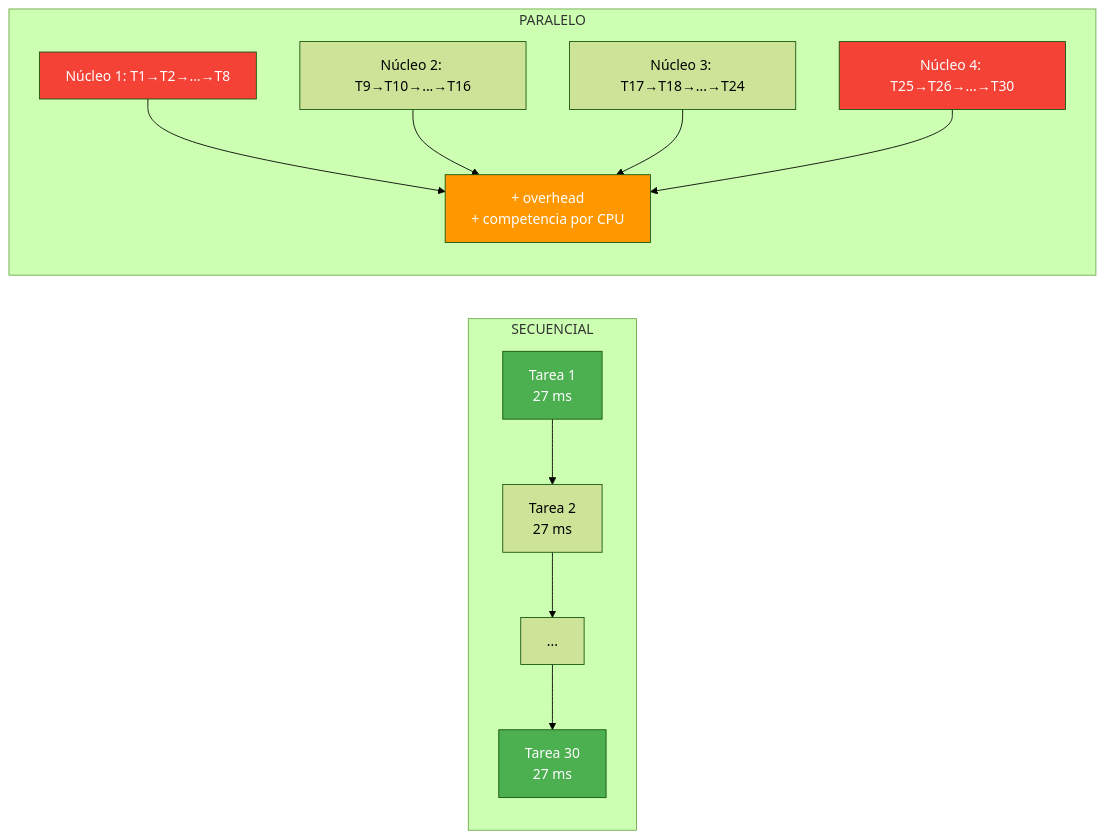
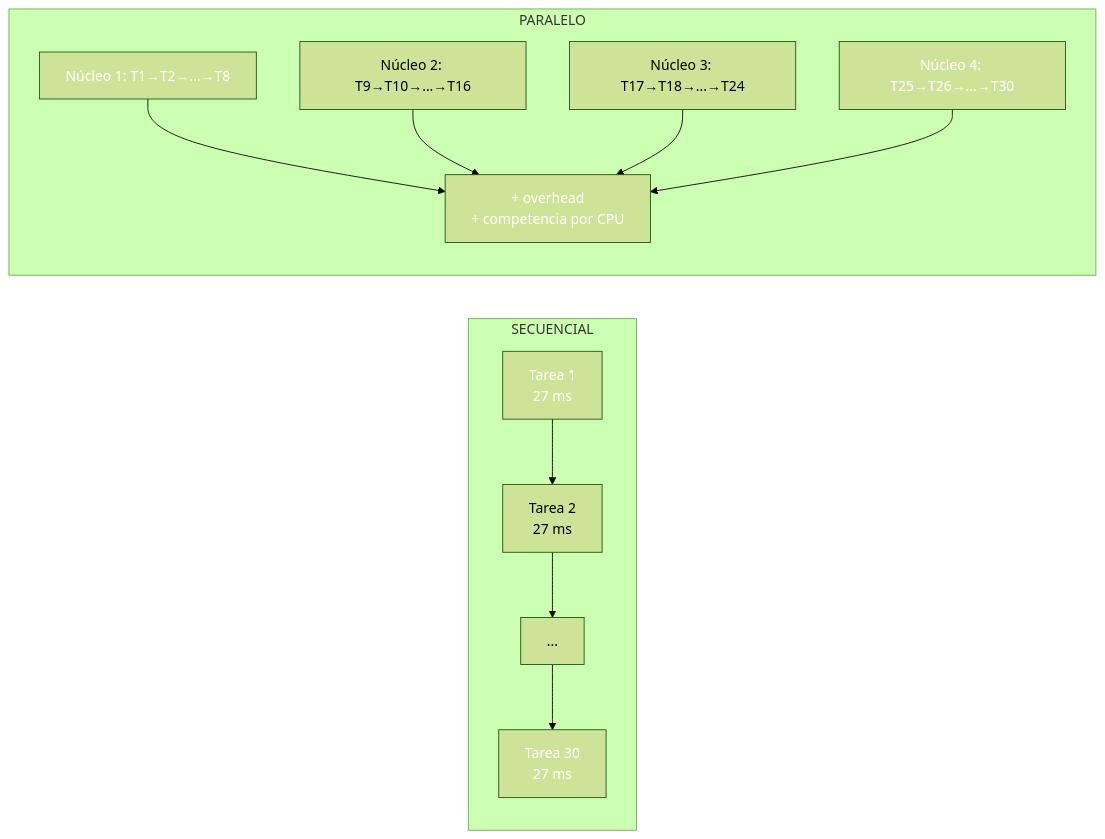
One commit to joseluisgs/DesarrolloWebEntornosServidor-01-2026-2027 changed diagram 14 of 21 in 16-concurrencia-asincronia.md. Above: the diagram before and after it, drawn with Mermaid (forest theme). The commit also changed other lines of this file and 66 other files, not shown here.

First line of the commit message:
fix: normalizar titulos al castellano de frase y corregir la paleta de mermaid

````diff
--- a/16-concurrencia-asincronia.md
+++ b/16-concurrencia-asincronia.md
@@ -658,20 +658,20 @@
 ```mermaid
 graph LR
     subgraph SECUENCIAL["SECUENCIAL"]
         S1["Tarea 1<br/>27 ms"] --> S2["Tarea 2<br/>27 ms"] --> S3["..."] --> S4["Tarea 30<br/>27 ms"]
     end
 
     subgraph PARALELO["PARALELO"]
         P1["Núcleo 1: T1→T2→...→T8"]
         P2["Núcleo 2: T9→T10→...→T16"]
         P3["Núcleo 3: T17→T18→...→T24"]
         P4["Núcleo 4: T25→T26→...→T30"]
         P1 & P2 & P3 & P4 --> OVERHEAD["+ overhead<br/>+ competencia por CPU"]
     end
 
-    style S1 fill:#4CAF50,color:#fff
-    style S4 fill:#4CAF50,color:#fff
-    style P1 fill:#f44336,color:#fff
-    style P4 fill:#f44336,color:#fff
-    style OVERHEAD fill:#FF9800,color:#fff
+    style S1 fill:#4CAF5,color:#fff0,color:#fff
+    style S4 fill:#4CAF5,color:#fff0,color:#fff
+    style P1 fill:#f4433,color:#fff6,color:#fff
+    style P4 fill:#f4433,color:#fff6,color:#fff
+    style OVERHEAD fill:#FF980,color:#fff0,color:#fff
 ```
````
